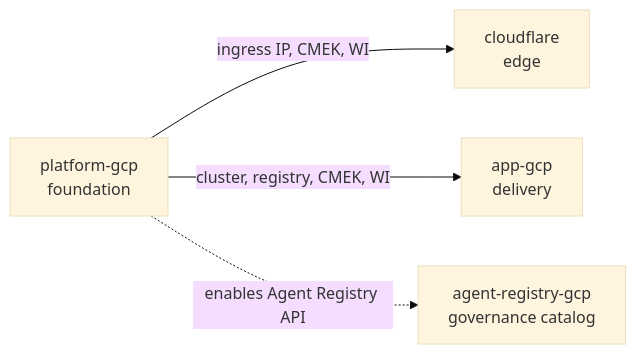
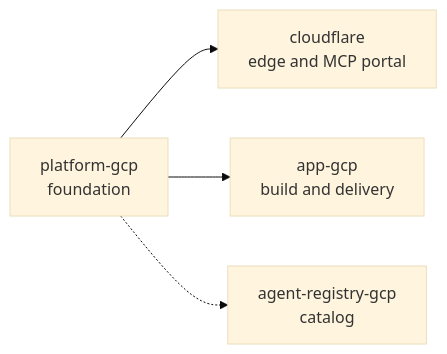
One commit to pilprod/yourown-chat changed the first of 6 diagrams in README.md. Above: the diagram before and after it, drawn with Mermaid (base theme). The commit also changed other lines of this file and 10 other files, not shown here.

````diff
--- a/README.md
+++ b/README.md
@@ -30,6 +62,6 @@
 ```mermaid
-graph LR
-  P[platform-gcp<br/>foundation] -->|ingress IP, CMEK, WI| CF[cloudflare<br/>edge]
-  P -->|cluster, registry, CMEK, WI| A[app-gcp<br/>delivery]
-  P -.->|enables Agent Registry API| R[agent-registry-gcp<br/>governance catalog]
+flowchart LR
+  P["platform-gcp<br/>foundation"] --> E["cloudflare<br/>edge and MCP portal"]
+  P --> D["app-gcp<br/>build and delivery"]
+  P -.-> R["agent-registry-gcp<br/>catalog"]
 ```
````
